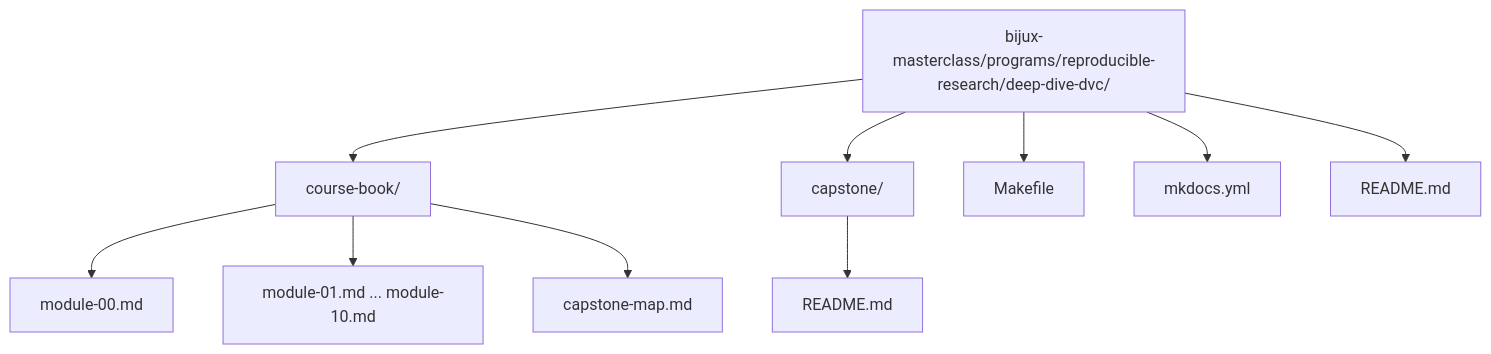
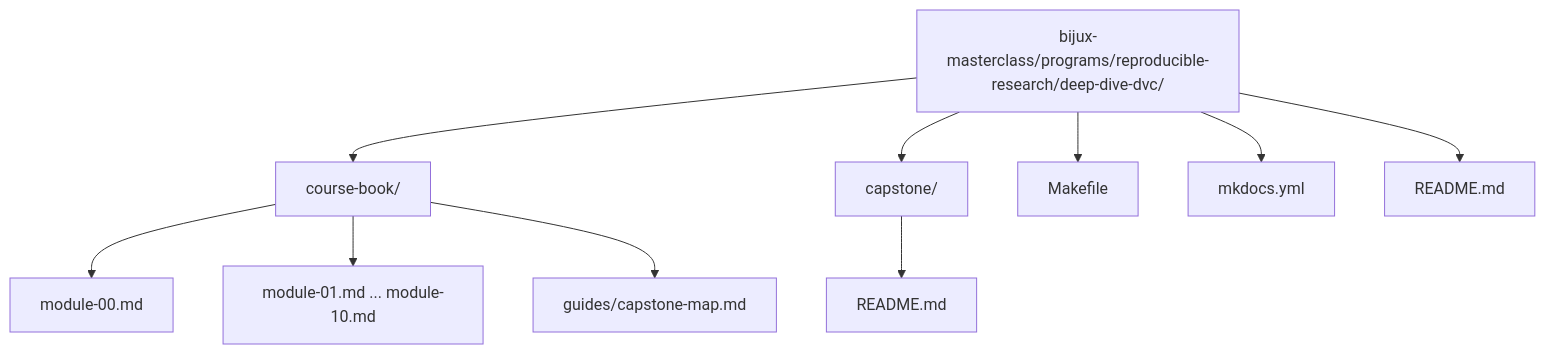
Before and after one commit to bijux/bijux-masterclass: the third of 3 diagrams in programs/reproducible-research/deep-dive-dvc/course-book/index.md, drawn with Mermaid. The commit also changed other lines of this file and 22 other files, not shown here.

````diff
--- a/programs/reproducible-research/deep-dive-dvc/course-book/index.md
+++ b/programs/reproducible-research/deep-dive-dvc/course-book/index.md
@@ -137,13 +137,13 @@
 ```mermaid
 graph TD
   root["bijux-masterclass/programs/reproducible-research/deep-dive-dvc/"]
   root --> book["course-book/"]
   root --> capstone["capstone/"]
   root --> makefile["Makefile"]
   root --> mkdocs["mkdocs.yml"]
   root --> readme["README.md"]
   book --> orientation["module-00.md"]
   book --> modules["module-01.md ... module-10.md"]
-  book --> capmap["capstone-map.md"]
+  book --> capmap["guides/capstone-map.md"]
   capstone --> capreadme["README.md"]
 ```
````
